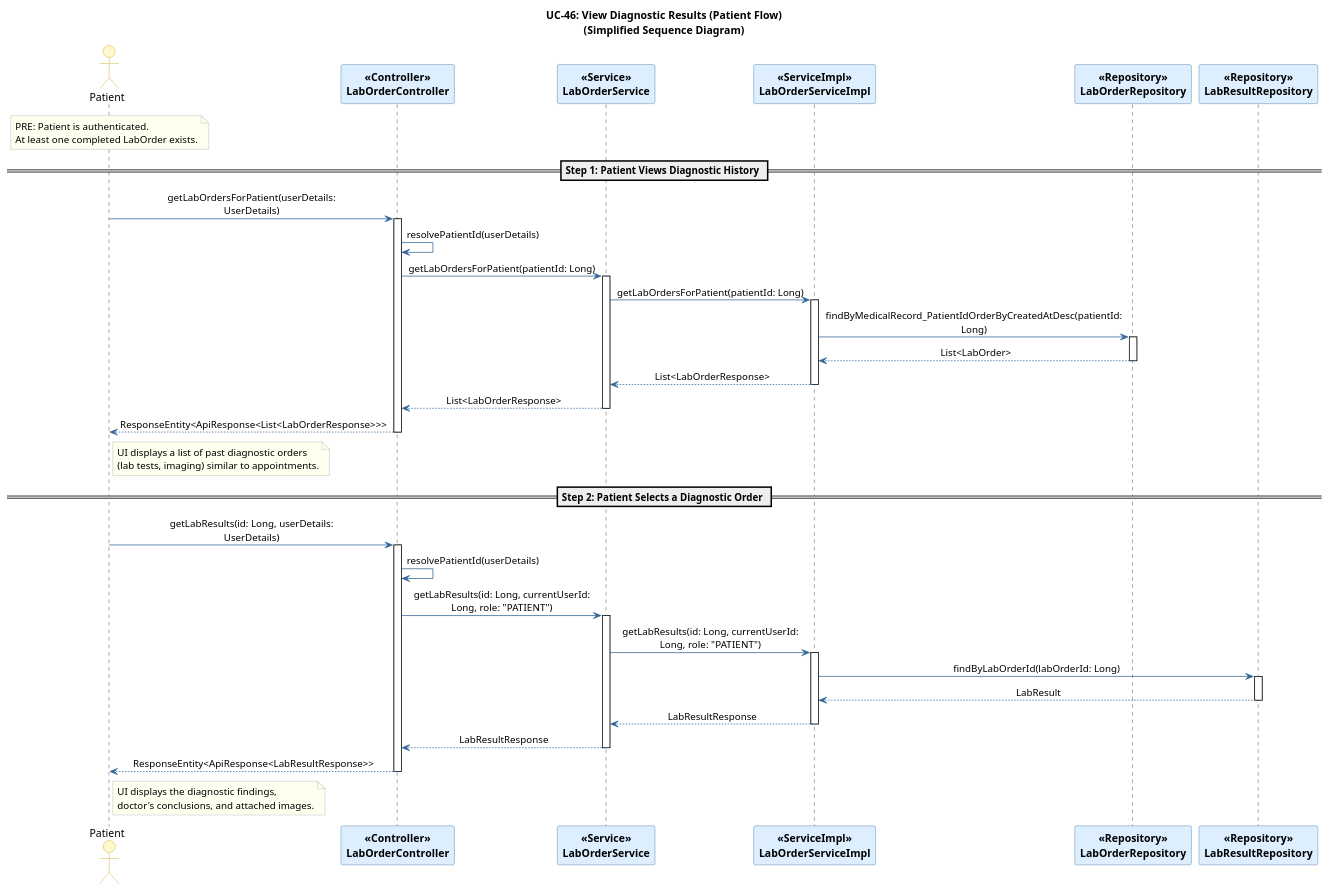
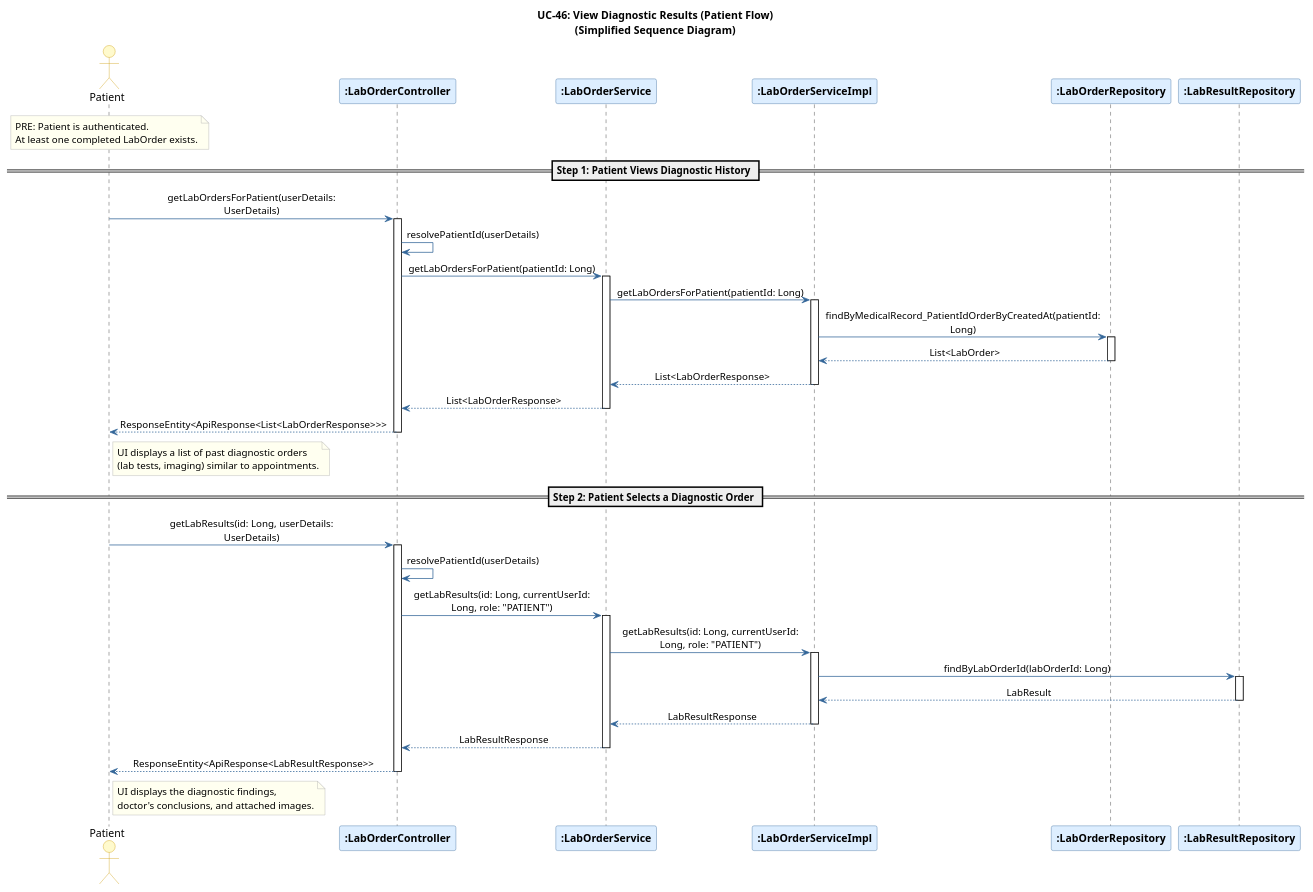
Before and after one commit to Dmh304/Clinic-Management-System: the diagram in docs/diagrams/UC46_ViewDiagnosticResults_SequenceDiagram.puml, drawn with PlantUML. The commit also changed 28 other files, not shown here.

```diff
--- a/docs/diagrams/UC46_ViewDiagnosticResults_SequenceDiagram.puml
+++ b/docs/diagrams/UC46_ViewDiagnosticResults_SequenceDiagram.puml
@@ -1,101 +1,101 @@
 @startuml UC46_ViewDiagnosticResults_SequenceDiagram
 <style>
 document {
   ParticipantPadding 10
   BoxPadding 10
 }
 </style>
 
 skinparam sequenceMessageAlign center
 skinparam responseMessageBelowArrow true
 skinparam maxMessageSize 250
 
 skinparam participant {
     BackgroundColor #DDEEFF
     BorderColor     #336699
     FontStyle       bold
 }
 skinparam actor {
     BackgroundColor #FFFACD
     BorderColor     #CC9900
 }
 skinparam note {
     BackgroundColor #FFFFF0
     BorderColor     #AAAAAA
 }
 skinparam ArrowColor #336699
 skinparam LifeLineBorderColor #336699
 
 title UC-46: View Diagnostic Results (Patient Flow)\n(Simplified Sequence Diagram)
 
 actor       "Patient"                               as Actor
-participant "<<Controller>>\nLabOrderController"    as LOC
-participant "<<Service>>\nLabOrderService"          as LOS
-participant "<<ServiceImpl>>\nLabOrderServiceImpl"   as LOSImpl
-participant "<<Repository>>\nLabOrderRepository"    as LORepo
-participant "<<Repository>>\nLabResultRepository"   as LRRepo
+participant ":LabOrderController"    as LOC
+participant ":LabOrderService"          as LOS
+participant ":LabOrderServiceImpl"   as LOSImpl
+participant ":LabOrderRepository"    as LORepo
+participant ":LabResultRepository"   as LRRepo
 
 note over Actor
   PRE: Patient is authenticated.
   At least one completed LabOrder exists.
 end note
 
 == Step 1: Patient Views Diagnostic History ==
 Actor -> LOC : getLabOrdersForPatient(userDetails: UserDetails)
 activate LOC
 
 LOC -> LOC : resolvePatientId(userDetails)
 
 LOC -> LOS : getLabOrdersForPatient(patientId: Long)
 activate LOS
 LOS -> LOSImpl : getLabOrdersForPatient(patientId: Long)
 activate LOSImpl
 
-LOSImpl -> LORepo : findByMedicalRecord_PatientIdOrderByCreatedAtDesc(patientId: Long)
+LOSImpl -> LORepo : findByMedicalRecord_PatientIdOrderByCreatedAt(patientId: Long)
 activate LORepo
 LORepo --> LOSImpl : List<LabOrder>
 deactivate LORepo
 
 LOSImpl --> LOS : List<LabOrderResponse>
 deactivate LOSImpl
 LOS --> LOC : List<LabOrderResponse>
 deactivate LOS
 
 LOC --> Actor : ResponseEntity<ApiResponse<List<LabOrderResponse>>>
 deactivate LOC
 
 note right of Actor
   UI displays a list of past diagnostic orders 
   (lab tests, imaging) similar to appointments.
 end note
 
 == Step 2: Patient Selects a Diagnostic Order ==
 Actor -> LOC : getLabResults(id: Long, userDetails: UserDetails)
 activate LOC
 
 LOC -> LOC : resolvePatientId(userDetails)
 
 LOC -> LOS : getLabResults(id: Long, currentUserId: Long, role: "PATIENT")
 activate LOS
 LOS -> LOSImpl : getLabResults(id: Long, currentUserId: Long, role: "PATIENT")
 activate LOSImpl
 
 LOSImpl -> LRRepo : findByLabOrderId(labOrderId: Long)
 activate LRRepo
 LRRepo --> LOSImpl : LabResult
 deactivate LRRepo
 
 LOSImpl --> LOS : LabResultResponse
 deactivate LOSImpl
 LOS --> LOC : LabResultResponse
 deactivate LOS
 
 LOC --> Actor : ResponseEntity<ApiResponse<LabResultResponse>>
 deactivate LOC
 
 note right of Actor
   UI displays the diagnostic findings,
   doctor's conclusions, and attached images.
 end note
 
 @enduml
```
